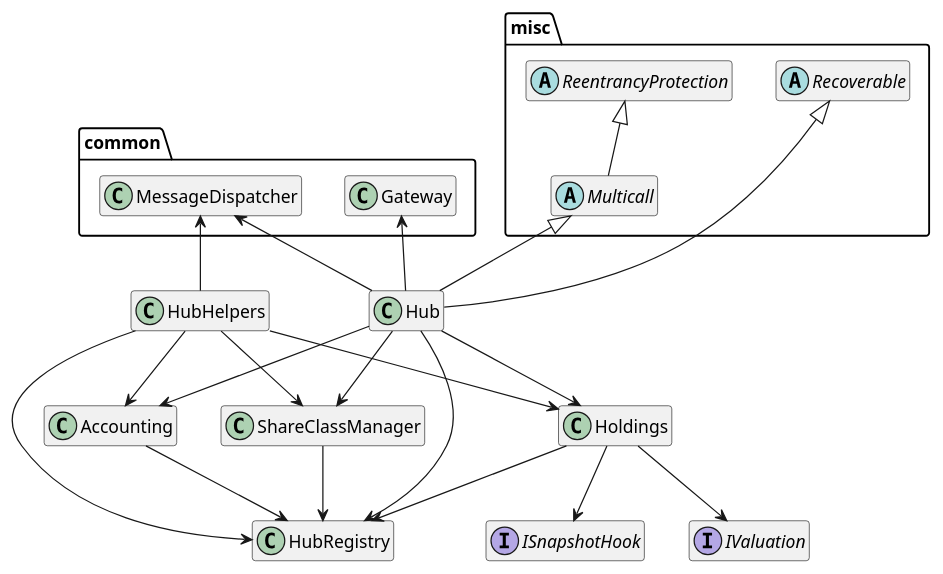
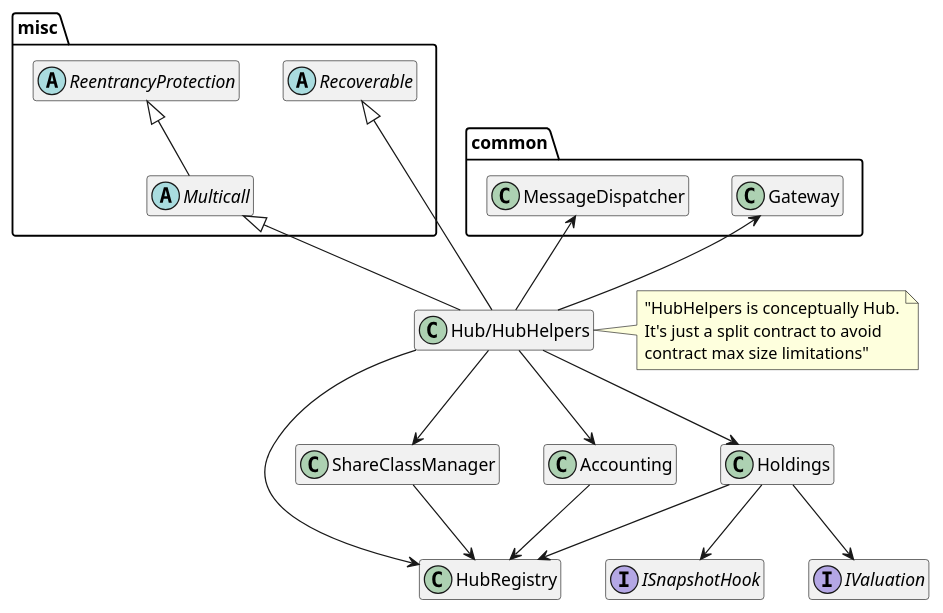
Before and after one commit to centrifuge/protocol: the diagram in docs/architecture/hub.puml, drawn with PlantUML. The commit also changed 2 other files, not shown here.

Commit message:
minor diagram changes

```diff
--- a/docs/architecture/hub.puml
+++ b/docs/architecture/hub.puml
@@ -1,47 +1,43 @@
 @startuml
 hide empty members
 
 package misc {
     abstract Multicall
     abstract ReentrancyProtection
     abstract Recoverable
 }
 
 package common {
     class MessageDispatcher
     class Gateway
 }
 
 class Holdings
 class HubRegistry
 class ShareClassManager
 class Accounting
-class Hub
-class HubHelpers
+class "Hub/HubHelpers" as Hub
+
+note right of Hub: "HubHelpers is conceptually Hub.\nIt's just a split contract to avoid\ncontract max size limitations"
 
 interface ISnapshotHook
 interface IValuation
 
 Hub -up-|> Multicall
 Multicall -up-|> ReentrancyProtection
 Hub -up-|> Recoverable
 
 Hub --> Holdings
 Hub --> HubRegistry
 Hub --> ShareClassManager
 Hub --> Accounting
-HubHelpers --> Holdings
-HubHelpers --> HubRegistry
-HubHelpers --> ShareClassManager
-HubHelpers --> Accounting
 Hub -up-> MessageDispatcher
-HubHelpers -up-> MessageDispatcher
 Hub -up-> Gateway
 Holdings --> IValuation
 Holdings --> ISnapshotHook
 
 Holdings --> HubRegistry
 ShareClassManager --> HubRegistry
 Accounting --> HubRegistry
 
 @enduml
```
